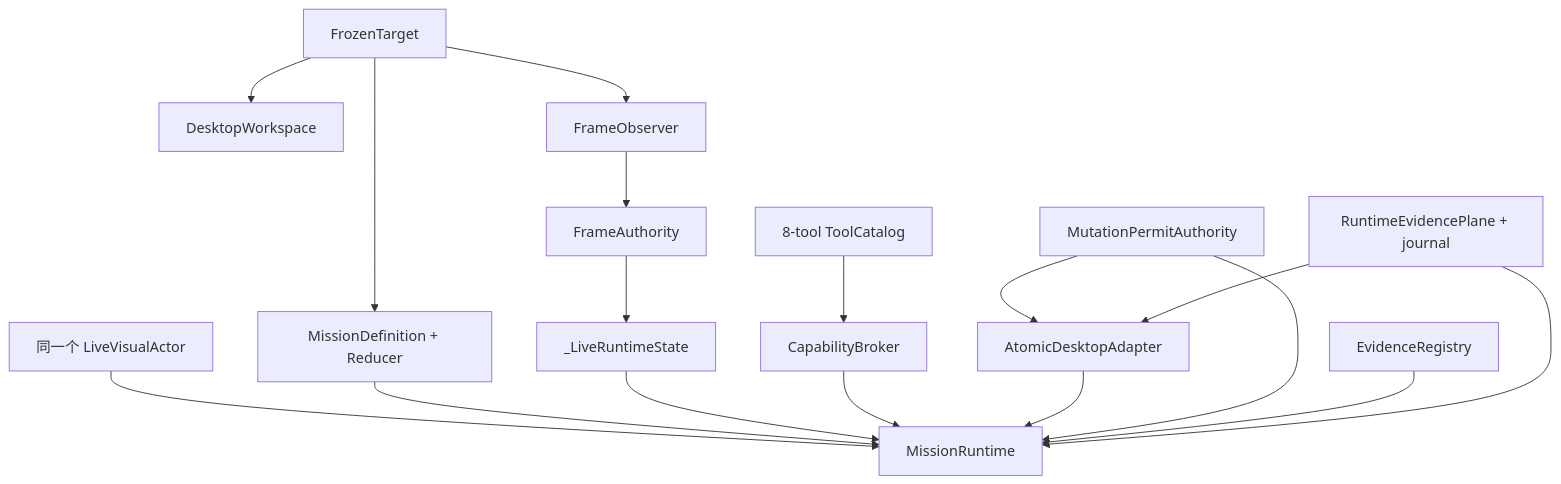
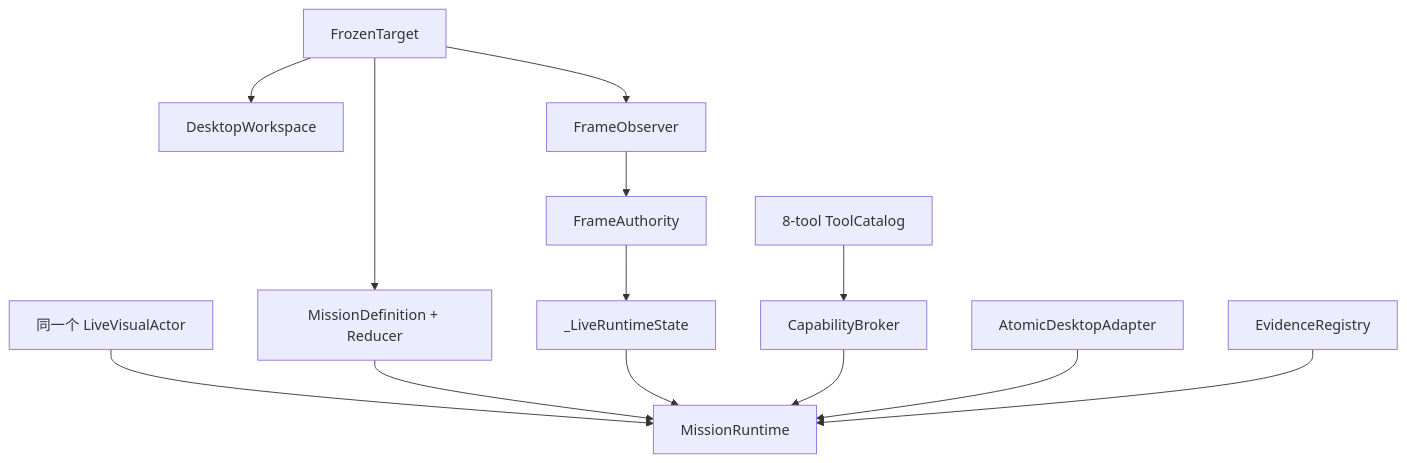
One commit to zoujiapeng/lingdong-script changed the sixth of 10 diagrams in docs/project-guide/02-runtime-flows.md. Above: the diagram before and after it, drawn with Mermaid. The commit also changed other lines of this file and 45 other files, not shown here.

````diff
--- a/docs/project-guide/02-runtime-flows.md
+++ b/docs/project-guide/02-runtime-flows.md
@@ -280,19 +280,15 @@
 ```mermaid
 flowchart TD
   Target["FrozenTarget"] --> Mission["MissionDefinition + Reducer"]
   Target --> Workspace["DesktopWorkspace"]
   Target --> Observer["FrameObserver"]
   Observer --> Authority["FrameAuthority"]
   Authority --> State["_LiveRuntimeState"]
   Catalog["8-tool ToolCatalog"] --> Broker["CapabilityBroker"]
   Actor["同一个 LiveVisualActor"] --> Runtime["MissionRuntime"]
   Mission --> Runtime
   State --> Runtime
   Broker --> Runtime
   Adapter["AtomicDesktopAdapter"] --> Runtime
-  Permits["MutationPermitAuthority"] --> Adapter
-  Permits --> Runtime
   Registry["EvidenceRegistry"] --> Runtime
-  Plane["RuntimeEvidencePlane + journal"] --> Adapter
-  Plane --> Runtime
 ```
````
